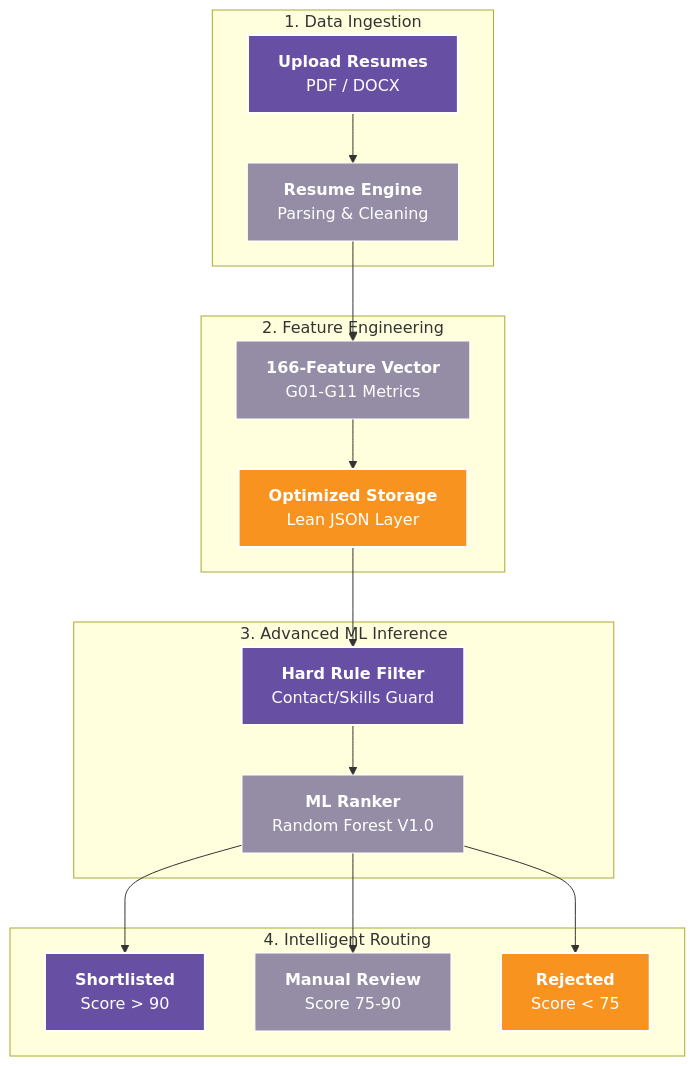
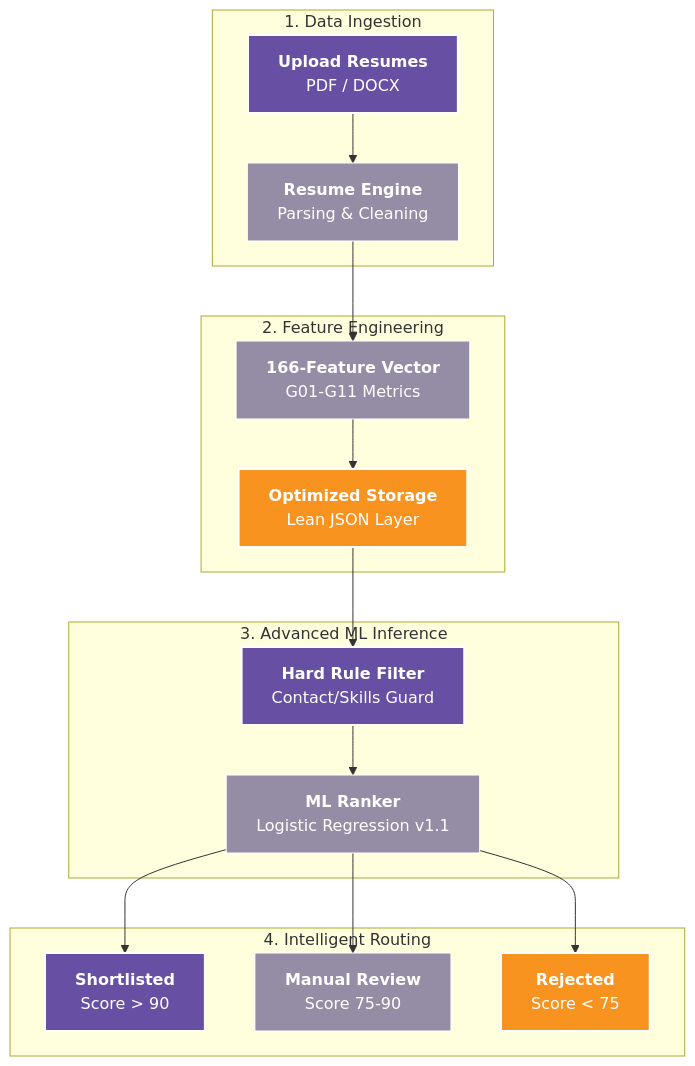
The diagram in README.md (atharmshaikh/resume-intelligence-platform), drawn with Mermaid before and after one commit. The commit also changed other lines of this file, not shown here.

First line of the commit message:
docs: revolutionize README to reflect v1.1.0 hardened architecture

````diff
--- a/README.md
+++ b/README.md
@@ -20,31 +19,31 @@
 ```mermaid
 graph TD
     %% Styling
     classDef primary fill:#6750A4,stroke:#fff,stroke-width:2px,color:#fff;
     classDef secondary fill:#958DA5,stroke:#fff,stroke-width:1px,color:#fff;
     classDef highlight fill:#F7931E,stroke:#fff,stroke-width:2px,color:#fff;
 
     subgraph "1. Data Ingestion"
         A[<b>Upload Resumes</b><br/>PDF / DOCX]:::primary
         B[<b>Resume Engine</b><br/>Parsing & Cleaning]:::secondary
     end
 
     subgraph "2. Feature Engineering"
         C[<b>166-Feature Vector</b><br/>G01-G11 Metrics]:::secondary
         D[<b>Optimized Storage</b><br/>Lean JSON Layer]:::highlight
     end
 
     subgraph "3. Advanced ML Inference"
         E[<b>Hard Rule Filter</b><br/>Contact/Skills Guard]:::primary
-        F[<b>ML Ranker</b><br/>Random Forest V1.0]:::secondary
+        F[<b>ML Ranker</b><br/>Logistic Regression v1.1]:::secondary
     end
 
     subgraph "4. Intelligent Routing"
         G[<b>Shortlisted</b><br/>Score > 90]:::primary
         H[<b>Manual Review</b><br/>Score 75-90]:::secondary
         I[<b>Rejected</b><br/>Score < 75]:::highlight
     end
 
     A --> B --> C --> D --> E --> F
     F --> G & H & I
 ```
````
